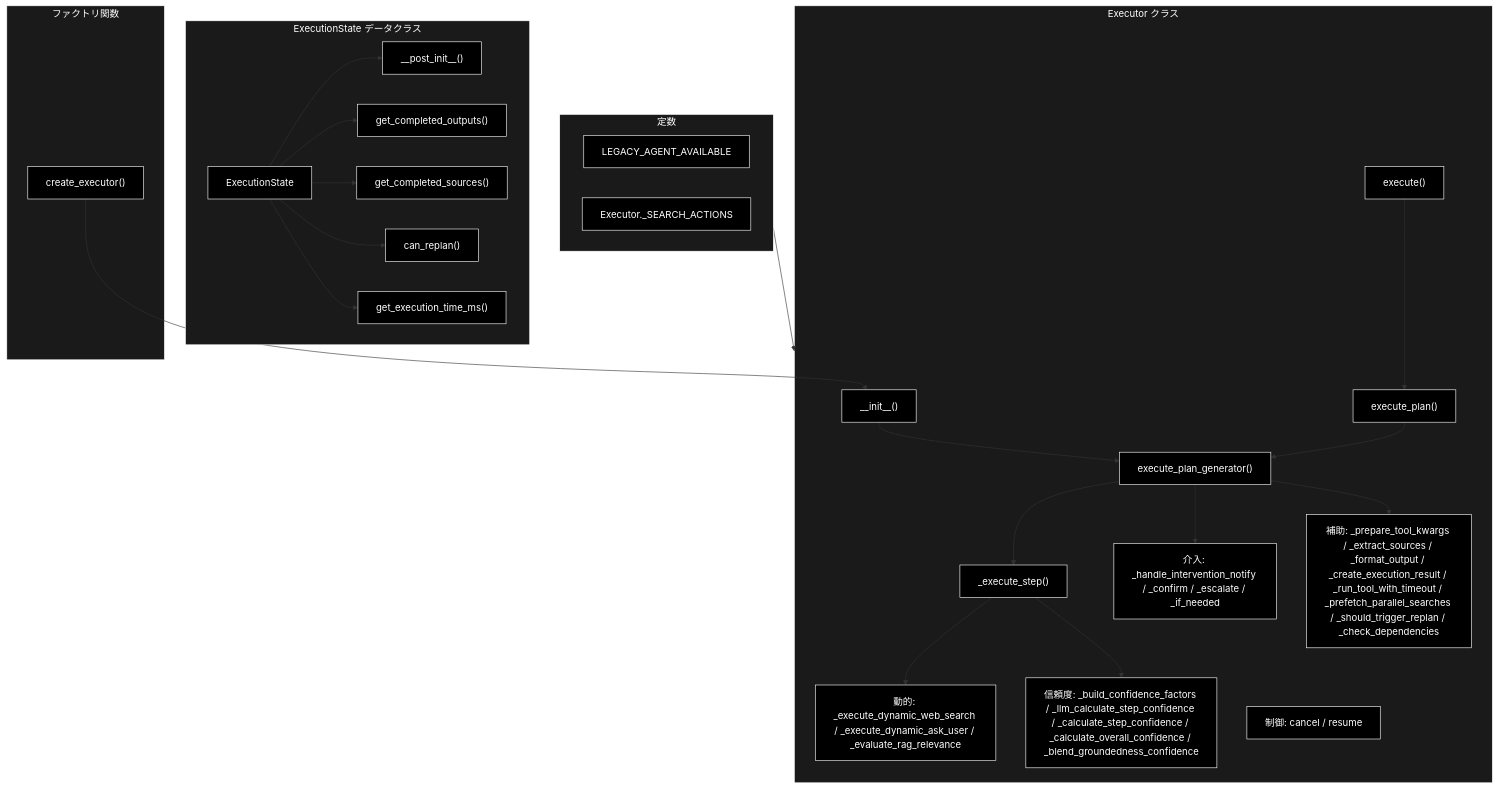
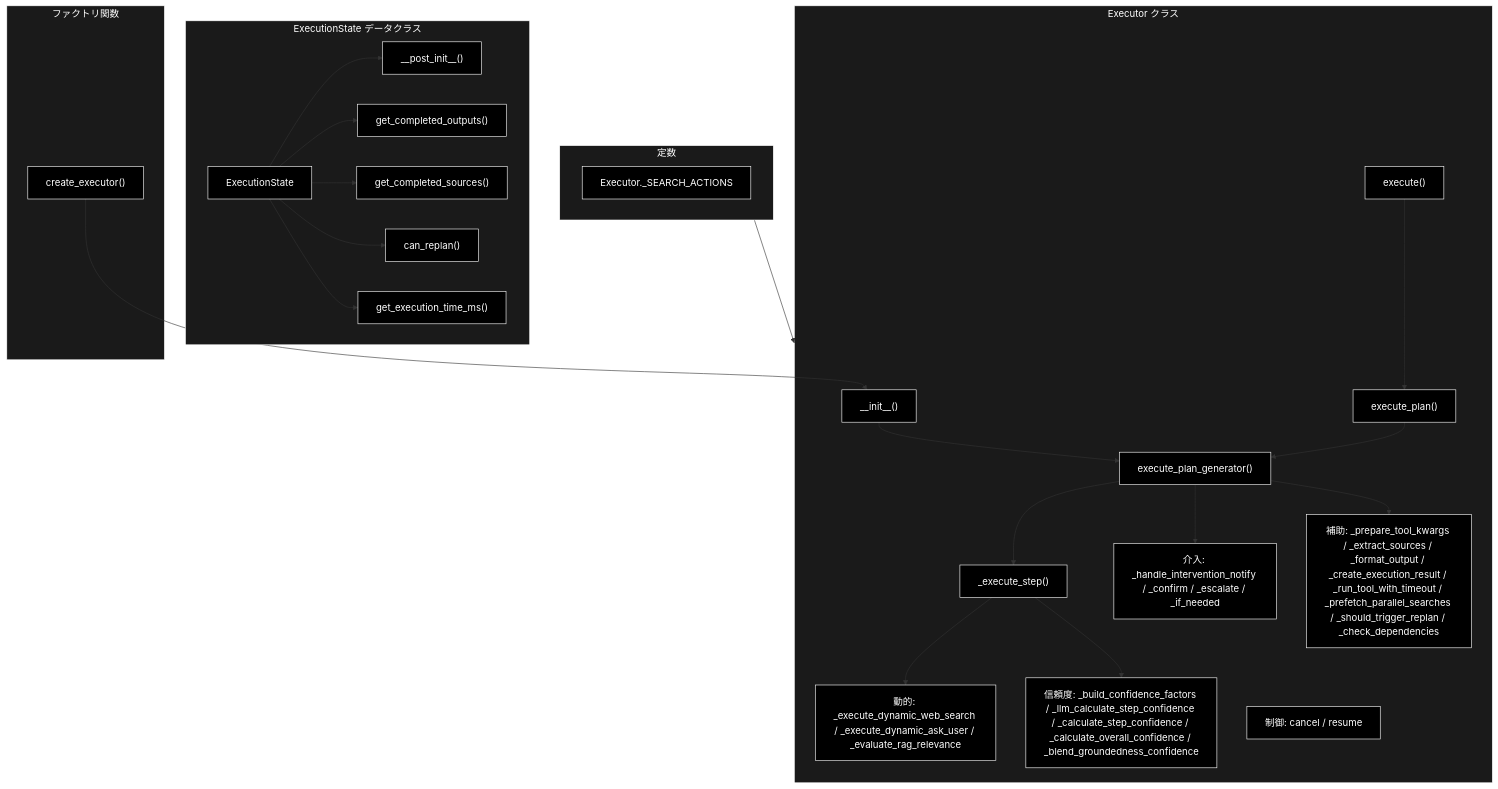
Before and after one commit to nakashima2toshio/grace_v2: the second of 5 diagrams in grace/docs/executor.md, drawn with Mermaid. The commit also changed other lines of this file and 30 other files, not shown here.

First line of the commit message:
refactor: Legacy ReAct 経路のコードを削除（run_dev.sh での起動を実地確認）

````diff
--- a/grace/docs/executor.md
+++ b/grace/docs/executor.md
@@ -181,56 +180,55 @@
 ```mermaid
 flowchart TB
     subgraph CONST["定数"]
-        LEGACY_FLAG["LEGACY_AGENT_AVAILABLE"]
         SEARCH_ACT["Executor._SEARCH_ACTIONS"]
     end
 
     subgraph DATACLASS["ExecutionState データクラス"]
         ES["ExecutionState"]
         ES_POST["__post_init__()"]
         ES_OUT["get_completed_outputs()"]
         ES_SRC["get_completed_sources()"]
         ES_REP["can_replan()"]
         ES_TIME["get_execution_time_ms()"]
     end
 
     subgraph EXEC["Executor クラス"]
         INIT["__init__()"]
         EP["execute_plan()"]
         EPG["execute_plan_generator()"]
         EXE["execute()"]
         STEP["_execute_step()"]
         DYN["動的: _execute_dynamic_web_search / _execute_dynamic_ask_user / _evaluate_rag_relevance"]
         CONF["信頼度: _build_confidence_factors / _llm_calculate_step_confidence / _calculate_step_confidence / _calculate_overall_confidence / _blend_groundedness_confidence"]
         INTV["介入: _handle_intervention_notify / _confirm / _escalate / _if_needed"]
         UTIL["補助: _prepare_tool_kwargs / _extract_sources / _format_output / _create_execution_result / _run_tool_with_timeout / _prefetch_parallel_searches / _should_trigger_replan / _check_dependencies"]
         CTRL["制御: cancel / resume"]
     end
 
     subgraph FACTORY_GRP["ファクトリ関数"]
         CE["create_executor()"]
     end
 
     CONST --> EXEC
     ES --> ES_POST
     ES --> ES_OUT
     ES --> ES_SRC
     ES --> ES_REP
     ES --> ES_TIME
     CE --> INIT
     INIT --> EPG
     EP --> EPG
     EXE --> EP
     EPG --> STEP
     STEP --> DYN
     STEP --> CONF
     EPG --> INTV
     EPG --> UTIL
 classDef default fill:#000,stroke:#fff,color:#fff
 classDef subgraphStyle fill:#1a1a1a,stroke:#fff,color:#fff
-class LEGACY_FLAG,SEARCH_ACT,ES,ES_POST,ES_OUT,ES_SRC,ES_REP,ES_TIME,INIT,EP,EPG,EXE,STEP,DYN,CONF,INTV,UTIL,CTRL,CE default
+class SEARCH_ACT,ES,ES_POST,ES_OUT,ES_SRC,ES_REP,ES_TIME,INIT,EP,EPG,EXE,STEP,DYN,CONF,INTV,UTIL,CTRL,CE default
 style CONST fill:#1a1a1a,stroke:#fff,color:#fff
 style DATACLASS fill:#1a1a1a,stroke:#fff,color:#fff
 style EXEC fill:#1a1a1a,stroke:#fff,color:#fff
 style FACTORY_GRP fill:#1a1a1a,stroke:#fff,color:#fff
 ```
````
